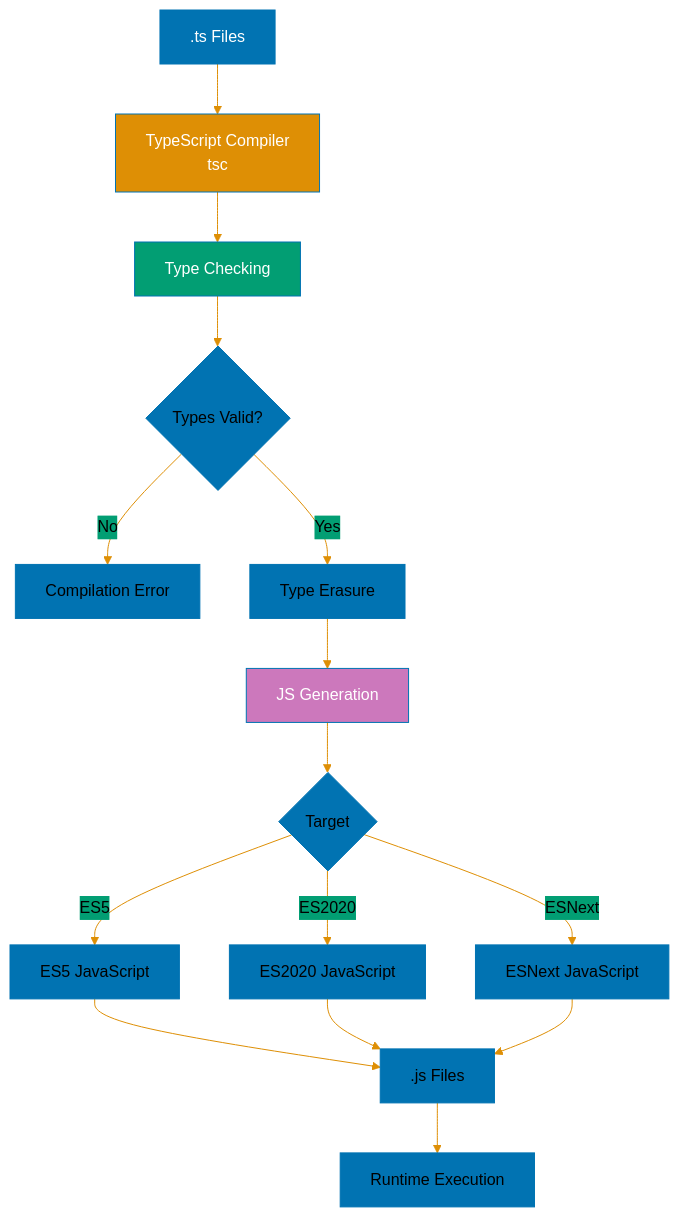
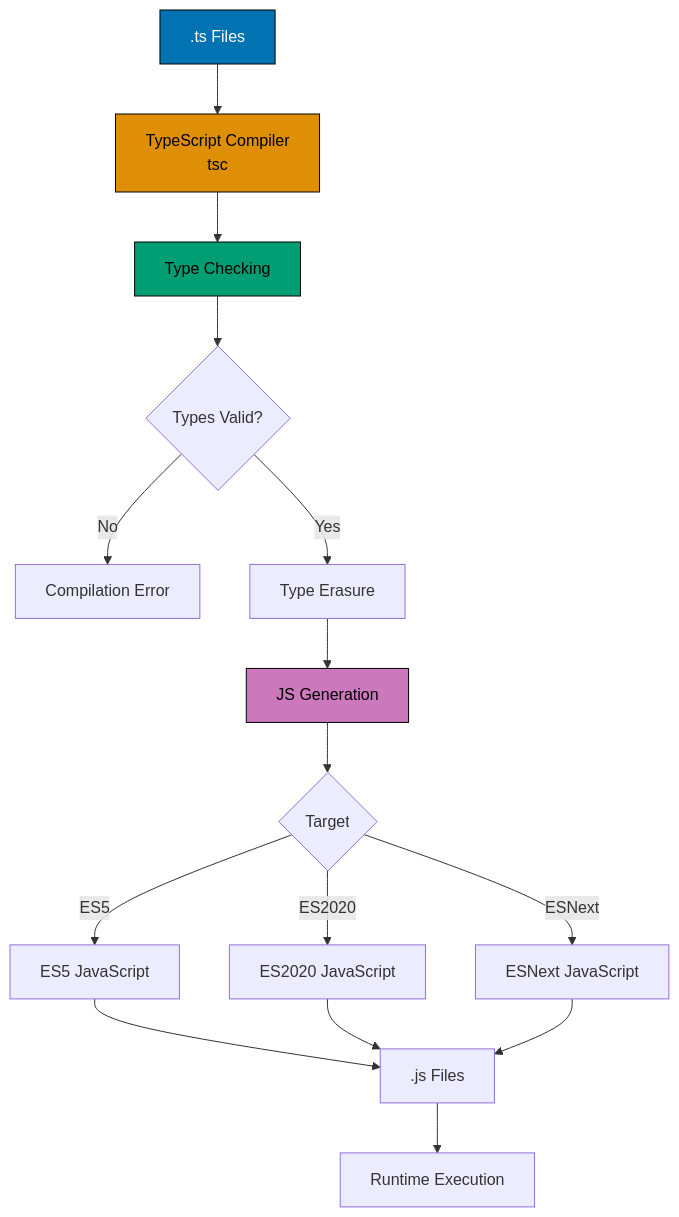
Before and after one commit to wahidyankf/ose-public: the third of 3 diagrams in docs/explanation/software-engineering/programming-languages/typescript/README.md, drawn with Mermaid. The commit also changed other lines of this file and 57 other files, not shown here.

First line of the commit message:
docs(diagrams): make docs diagrams accessible

````diff
--- a/docs/explanation/software-engineering/programming-languages/typescript/README.md
+++ b/docs/explanation/software-engineering/programming-languages/typescript/README.md
@@ -1613,28 +1618,33 @@
 ```mermaid
-%%{init: {'theme':'base', 'themeVariables': { 'primaryColor':'#0173B2','primaryTextColor':'#000','primaryBorderColor':'#0173B2','lineColor':'#DE8F05','secondaryColor':'#029E73','tertiaryColor':'#CC78BC','fontSize':'16px'}}}%%
 flowchart TD
+    accTitle: Compilation Process
+    accDescr: .ts Files leads to TypeScript Compiler tsc; TypeScript Compiler tsc leads to Type Checking; Type Checking leads to Types Valid?; Types Valid? leads to Compilation Error via No; and 10 more links.
     A[.ts Files] --> B[TypeScript Compiler<br/>tsc]
     B --> C[Type Checking]
     C --> D{Types Valid?}
 
     D -->|No| E[Compilation Error]
     D -->|Yes| F[Type Erasure]
 
     F --> G[JS Generation]
     G --> H{Target}
 
     H -->|ES5| I[ES5 JavaScript]
     H -->|ES2020| J[ES2020 JavaScript]
     H -->|ESNext| K[ESNext JavaScript]
 
     I --> L[.js Files]
     J --> L
     K --> L
 
     L --> M[Runtime Execution]
 
-    style A fill:#0173B2,color:#fff
-    style B fill:#DE8F05,color:#fff
-    style C fill:#029E73,color:#fff
-    style G fill:#CC78BC,color:#fff
+    classDef blue fill:#0173B2,stroke:#000000,color:#FFFFFF
+    classDef orange fill:#DE8F05,stroke:#000000,color:#000000
+    classDef teal fill:#029E73,stroke:#000000,color:#000000
+    classDef purple fill:#CC78BC,stroke:#000000,color:#000000
+    class A blue
+    class B orange
+    class C teal
+    class G purple
 ```
````
